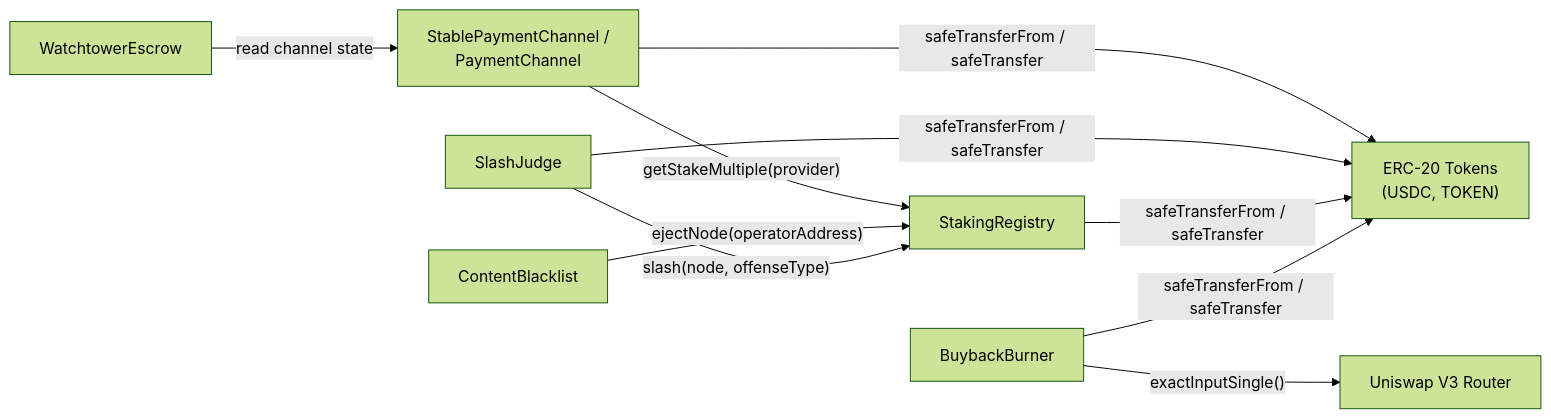
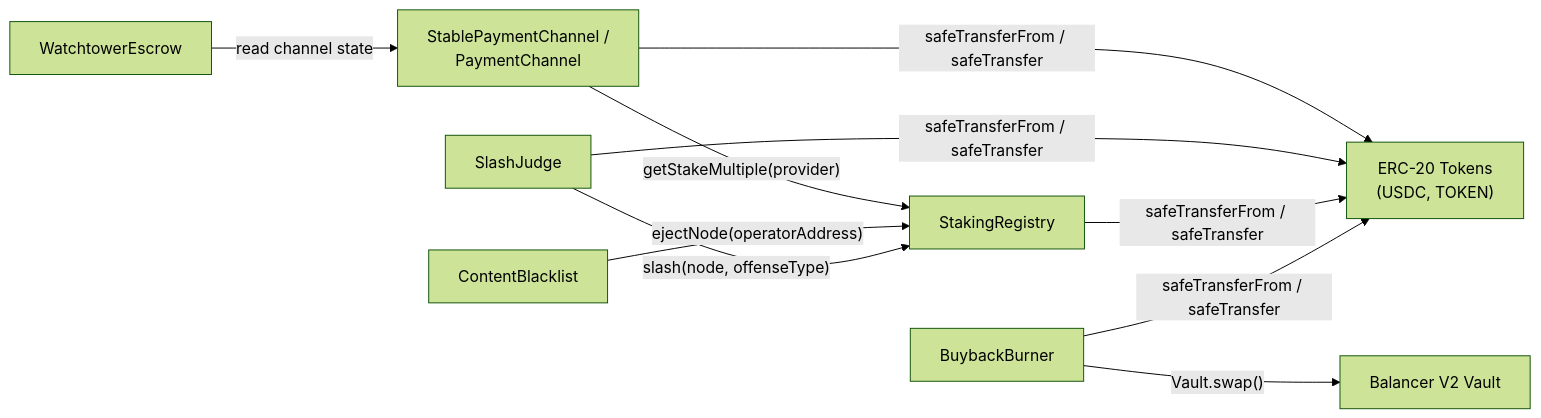
One commit to decdn/decdn changed the second of 4 diagrams in adr/016-contract-interactions.md. Above: the diagram before and after it, drawn with Mermaid (forest theme). The commit also changed other lines of this file and 5 other files, not shown here.

````diff
--- a/adr/016-contract-interactions.md
+++ b/adr/016-contract-interactions.md
@@ -110,21 +110,21 @@
 ```mermaid
 graph LR
     SPC["StablePaymentChannel /<br/>PaymentChannel"]
     SR["StakingRegistry"]
     CB["ContentBlacklist"]
     SJ["SlashJudge"]
     BB["BuybackBurner"]
     WE["WatchtowerEscrow"]
     ERC["ERC-20 Tokens<br/>(USDC, TOKEN)"]
-    UNI["Uniswap V3 Router"]
+    BAL["Balancer V2 Vault"]
 
     SPC -->|"getStakeMultiple(provider)"| SR
     SPC -->|"safeTransferFrom / safeTransfer"| ERC
     CB -->|"ejectNode(operatorAddress)"| SR
     SJ -->|"slash(node, offenseType)"| SR
     SJ -->|"safeTransferFrom / safeTransfer"| ERC
     SR -->|"safeTransferFrom / safeTransfer"| ERC
-    BB -->|"exactInputSingle()"| UNI
+    BB -->|"Vault.swap()"| BAL
     BB -->|"safeTransferFrom / safeTransfer"| ERC
     WE -->|"read channel state"| SPC
 ```
````
